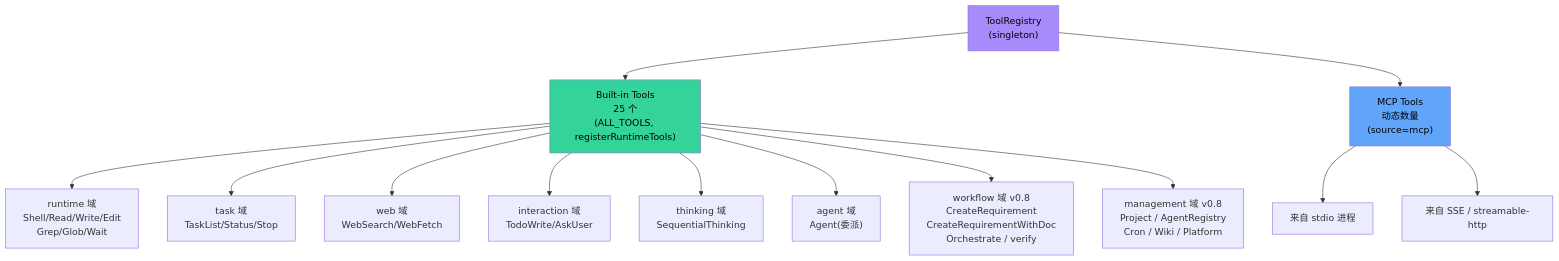
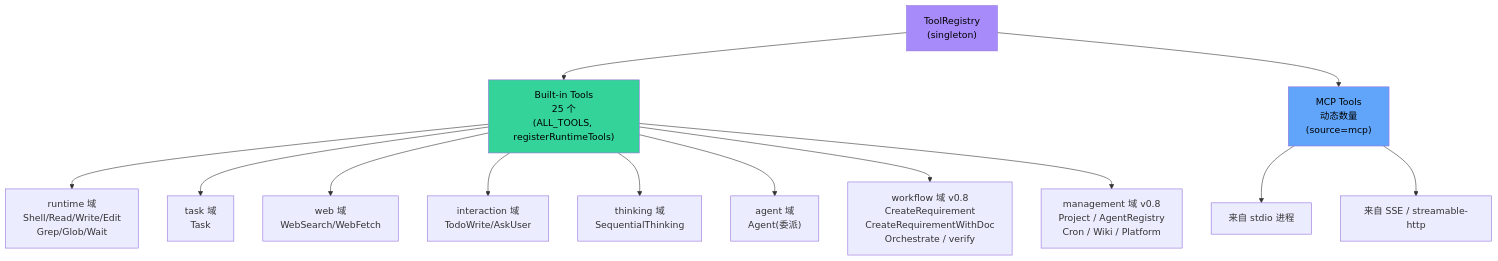
One commit to LanicBlue/zero-core changed the first of 2 diagrams in docs/arch/04-tools-subsystem.md. Above: the diagram before and after it, drawn with Mermaid. The commit also changed other lines of this file and 1 other file, not shown here.

First line of the commit message:
docs(sync): 同步 sub-4/6/7 工具表漂移 + platform TaskList 字符串

````diff
--- a/docs/arch/04-tools-subsystem.md
+++ b/docs/arch/04-tools-subsystem.md
@@ -7,19 +7,19 @@
 ```mermaid
 graph TB
     R["ToolRegistry<br/>(singleton)"]
     R --> B["Built-in Tools<br/>25 个<br/>(ALL_TOOLS, registerRuntimeTools)"]
     R --> M["MCP Tools<br/>动态数量<br/>(source=mcp)"]
     B --> B1["runtime 域<br/>Shell/Read/Write/Edit<br/>Grep/Glob/Wait"]
-    B --> B2["task 域<br/>TaskList/Status/Stop"]
+    B --> B2["task 域<br/>Task"]
     B --> B3["web 域<br/>WebSearch/WebFetch"]
     B --> B4["interaction 域<br/>TodoWrite/AskUser"]
     B --> B5["thinking 域<br/>SequentialThinking"]
     B --> B6["agent 域<br/>Agent(委派)"]
     B --> B7["workflow 域 v0.8<br/>CreateRequirement<br/>CreateRequirementWithDoc<br/>Orchestrate / verify"]
     B --> B8["management 域 v0.8<br/>Project / AgentRegistry<br/>Cron / Wiki / Platform"]
     M --> M1[来自 stdio 进程]
     M --> M2[来自 SSE / streamable-http]
     style R fill:#a78bfa,color:#000
     style B fill:#34d399,color:#000
     style M fill:#60a5fa,color:#000
 ```
````
